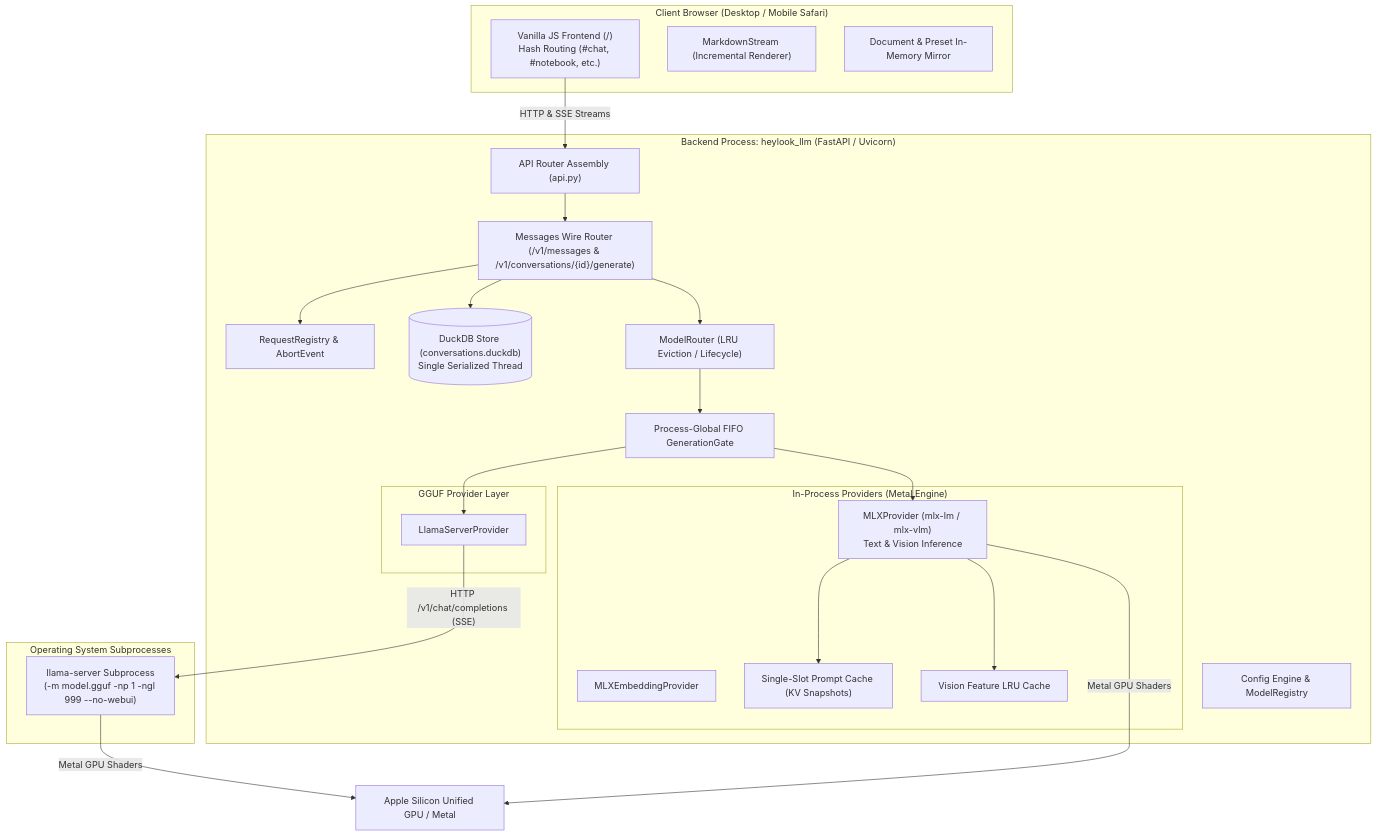
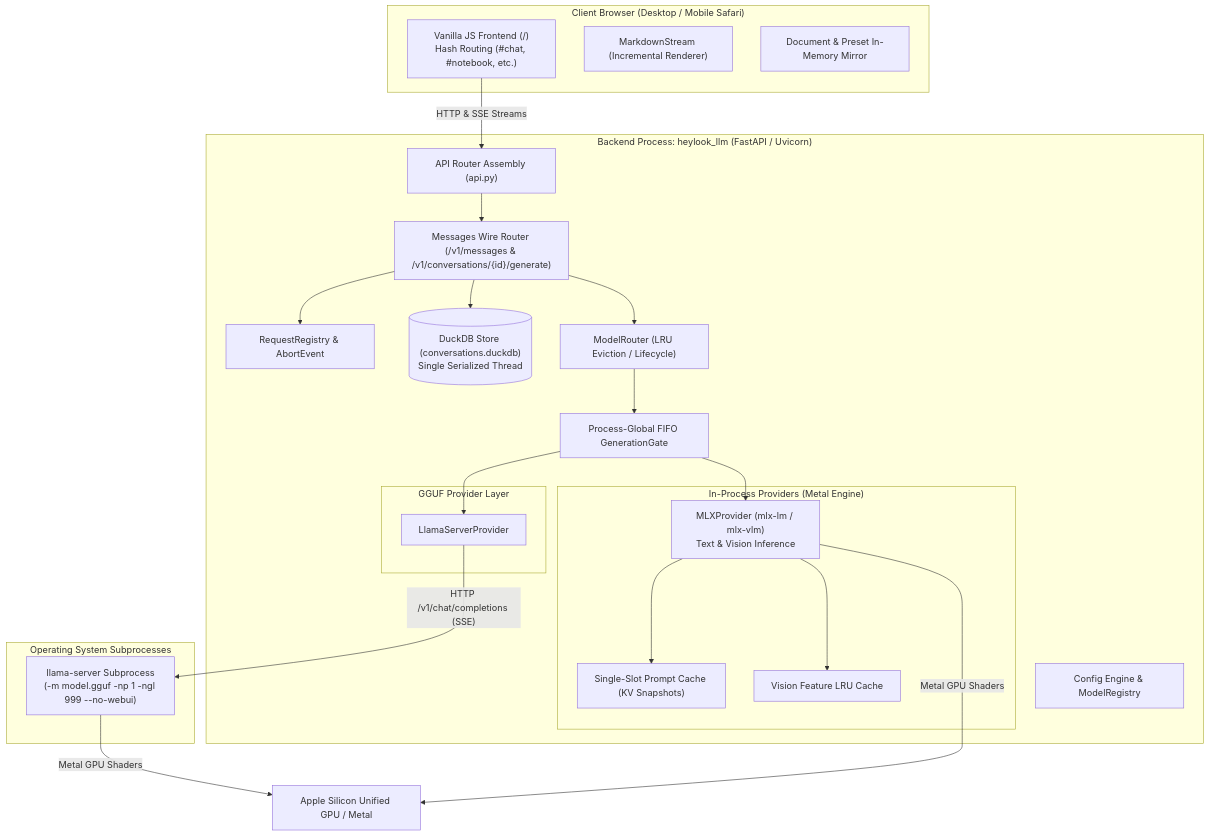
One commit to fblissjr/heylookitsanllm changed the diagram in docs/wiki/architecture_overview.md. Above: the diagram before and after it, drawn with Mermaid. The commit also changed other lines of this file and 45 other files, not shown here.

````diff
--- a/docs/wiki/architecture_overview.md
+++ b/docs/wiki/architecture_overview.md
@@ -16,49 +16,48 @@
 ```mermaid
 flowchart TB
     subgraph Browser ["Client Browser (Desktop / Mobile Safari)"]
         UI["Vanilla JS Frontend (/)<br/>Hash Routing (#chat, #notebook, etc.)"]
         MStream["MarkdownStream (Incremental Renderer)"]
         StoreMirror["Document & Preset In-Memory Mirror"]
     end
 
     subgraph BackendProcess ["Backend Process: heylook_llm (FastAPI / Uvicorn)"]
         RouterHub["API Router Assembly (api.py)"]
         MsgWire["Messages Wire Router (/v1/messages & /v1/conversations/{id}/generate)"]
         ReqReg["RequestRegistry & AbortEvent"]
         DuckDB[("DuckDB Store (conversations.duckdb)<br/>Single Serialized Thread")]
         ConfigEngine["Config Engine & ModelRegistry"]
         GenGate["Process-Global FIFO GenerationGate"]
         ModelRouter["ModelRouter (LRU Eviction / Lifecycle)"]
 
         subgraph InProcessProviders ["In-Process Providers (Metal Engine)"]
             MLX["MLXProvider (mlx-lm / mlx-vlm)<br/>Text & Vision Inference"]
-            MLXEmb["MLXEmbeddingProvider"]
             PromptCache["Single-Slot Prompt Cache (KV Snapshots)"]
             VisionCache["Vision Feature LRU Cache"]
         end
 
         subgraph SubprocessProvider ["GGUF Provider Layer"]
             LlamaProvider["LlamaServerProvider"]
         end
     end
 
     subgraph ExternalProcesses ["Operating System Subprocesses"]
         LlamaServerProc["llama-server Subprocess<br/>(-m model.gguf -np 1 -ngl 999 --no-webui)"]
     end
 
     UI -->|"HTTP & SSE Streams"| RouterHub
     RouterHub --> MsgWire
     MsgWire --> ReqReg
     MsgWire --> DuckDB
     MsgWire --> ModelRouter
     ModelRouter --> GenGate
 
     GenGate --> MLX
     GenGate --> LlamaProvider
     MLX --> PromptCache
     MLX --> VisionCache
 
     LlamaProvider -->|"HTTP /v1/chat/completions (SSE)"| LlamaServerProc
     LlamaServerProc -->|"Metal GPU Shaders"| AppleSiliconGPU["Apple Silicon Unified GPU / Metal"]
     MLX -->|"Metal GPU Shaders"| AppleSiliconGPU
 ```
````
